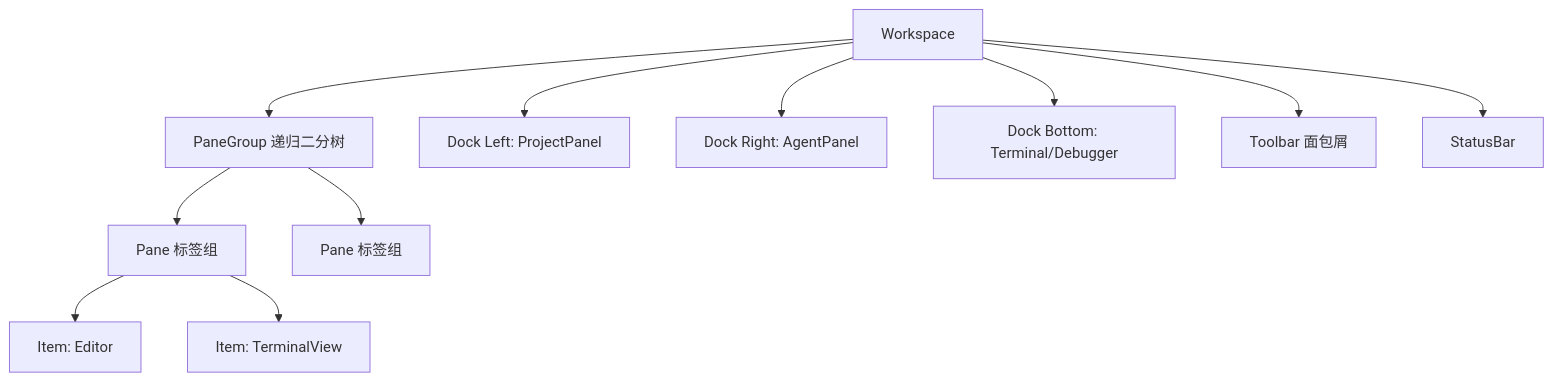
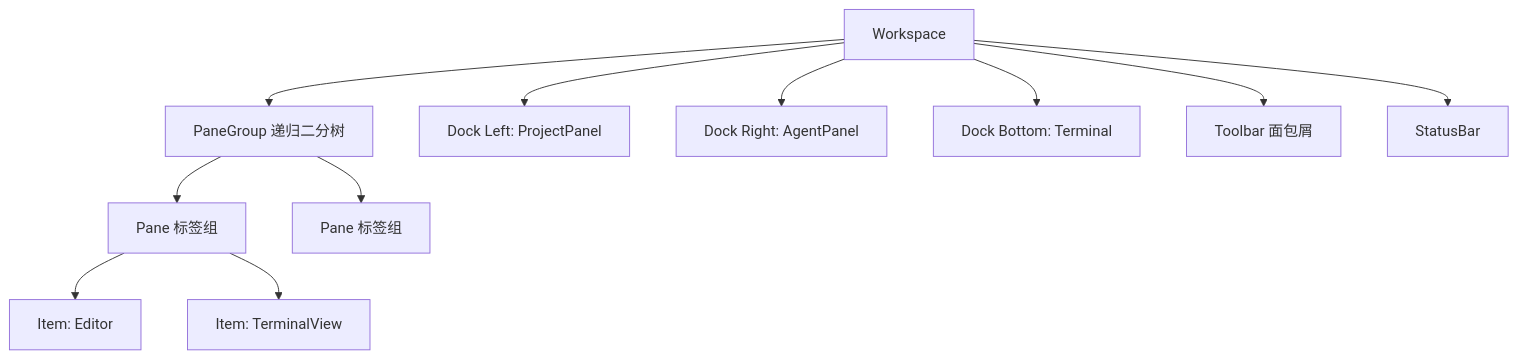
Before and after one commit to rzhangjing/zed: the first of 2 diagrams in wiki/Workspace-Pane-Dock.md, drawn with Mermaid. The commit also changed other lines of this file and 282 other files, not shown here.

````diff
--- a/wiki/Workspace-Pane-Dock.md
+++ b/wiki/Workspace-Pane-Dock.md
@@ -7,13 +7,13 @@
 ```mermaid
 graph TB
     WS[Workspace] --> PG[PaneGroup 递归二分树]
     PG --> P1[Pane 标签组]
     PG --> P2[Pane 标签组]
     P1 --> I1[Item: Editor]
     P1 --> I2[Item: TerminalView]
     WS --> DL[Dock Left: ProjectPanel]
     WS --> DR[Dock Right: AgentPanel]
-    WS --> DB[Dock Bottom: Terminal/Debugger]
+    WS --> DB[Dock Bottom: Terminal]
     WS --> TB[Toolbar 面包屑]
     WS --> SB[StatusBar]
 ```
````
